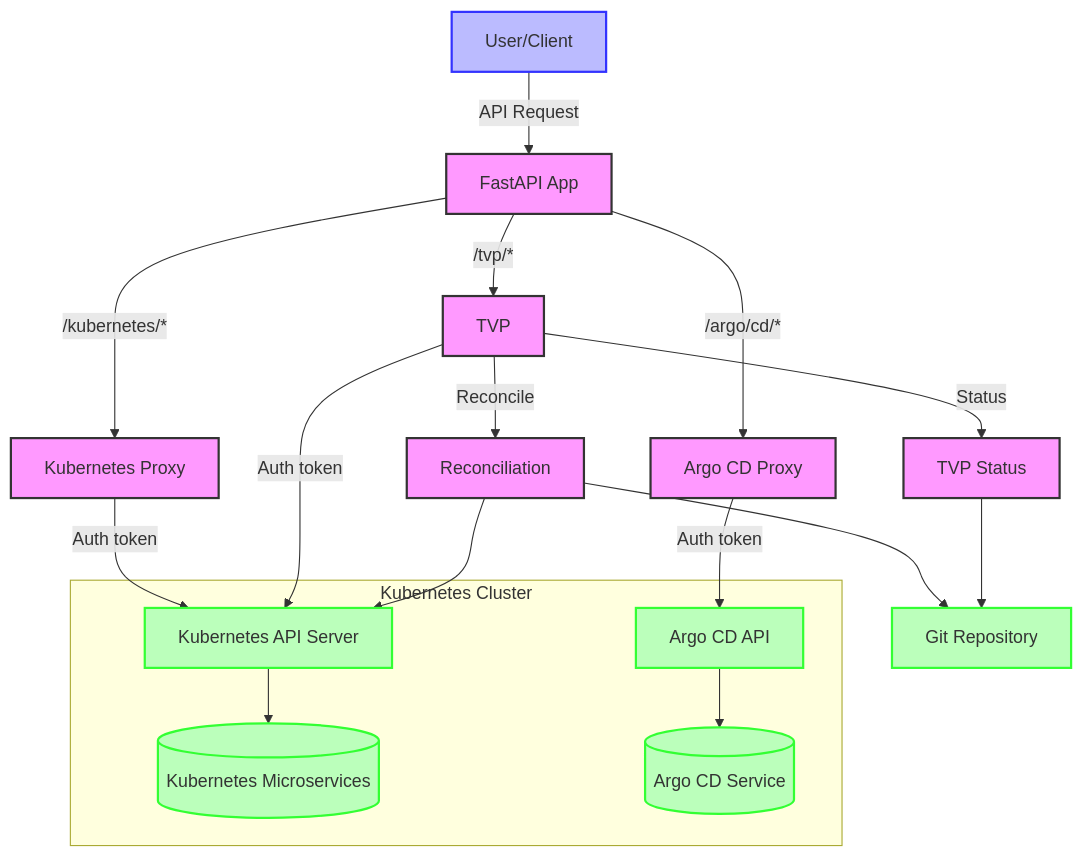
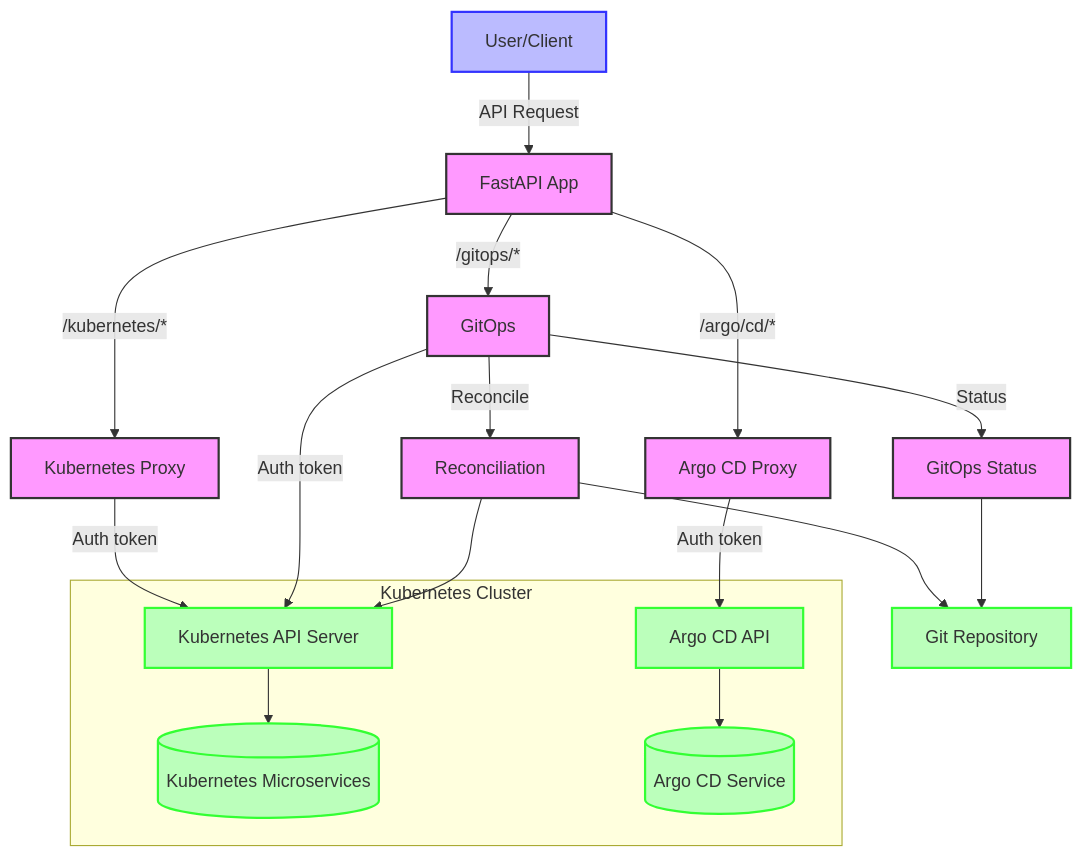
One commit to lloydchang/tvp-k8s changed the diagram in python/mermaid/data-flow-diagram.mermaid. Above: the diagram before and after it, drawn with Mermaid. The commit also changed 15 other files, not shown here.

```diff
--- a/python/mermaid/data-flow-diagram.mermaid
+++ b/python/mermaid/data-flow-diagram.mermaid
@@ -1,28 +1,28 @@
 flowchart TD
     User[User/Client] -->|API Request| API[FastAPI App]
     
     API -->|/kubernetes/*| KP[Kubernetes Proxy]
     API -->|/argo/cd/*| AP[Argo CD Proxy]
-    API -->|/tvp/*| TVP[TVP]
+    API -->|/gitops/*| GitOps[GitOps]
         
-    TVP -->|Status| TS[TVP Status]
-    TVP -->|Reconcile| R[Reconciliation]
+    GitOps -->|Status| TS[GitOps Status]
+    GitOps -->|Reconcile| R[Reconciliation]
     
     TS --> Git[Git Repository]
     R --> Git
     R --> KA
-    TVP -->|Auth token| KA[Kubernetes API Server]
+    GitOps -->|Auth token| KA[Kubernetes API Server]
     KP -->|Auth token| KA[Kubernetes API Server]
     AP -->|Auth token| AA[Argo CD API]
     subgraph "Kubernetes Cluster"
         KA --> Kubernetes[(Kubernetes Microservices)]
         AA --> ArgoCD[(Argo CD Service)]
     end
 
     classDef user fill:#bbf,stroke:#33f,stroke-width:2px
     classDef app fill:#f9f,stroke:#333,stroke-width:2px
     classDef external fill:#bfb,stroke:#3f3,stroke-width:2px
     
     class User user
-    class API,KP,AP,TVP,TS,R app
+    class API,KP,AP,GitOps,TS,R app
     class Kubernetes,ArgoCD,Git,KA,AA,Auth external
```
